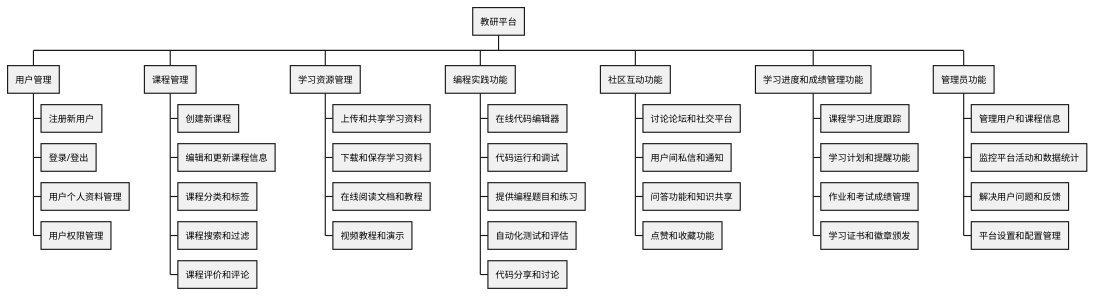
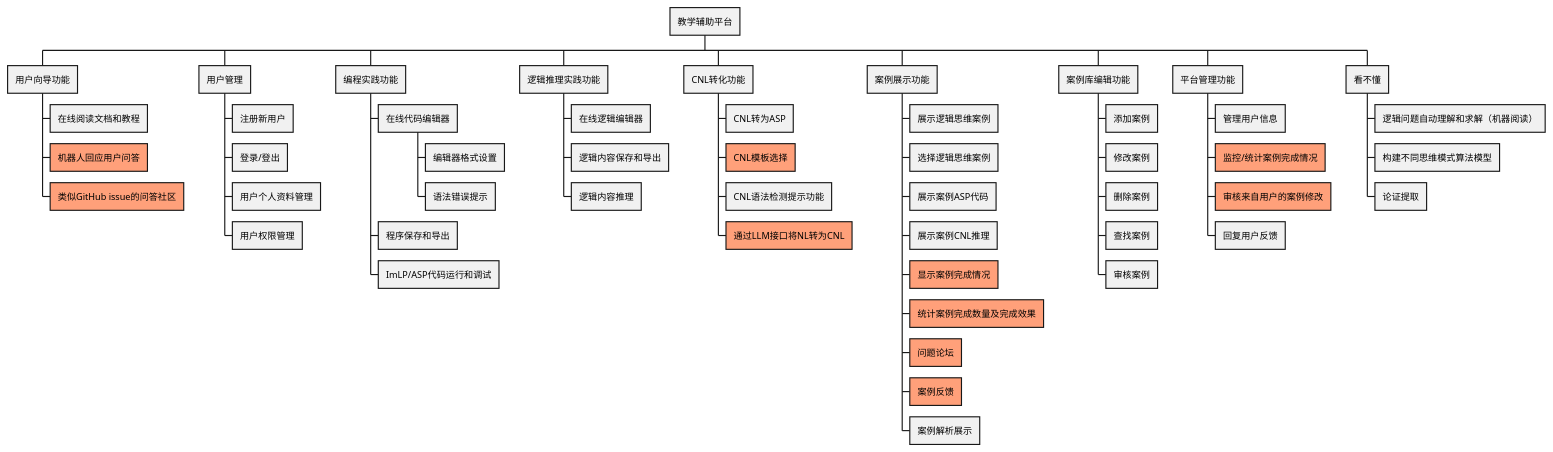
Before and after one commit to reaLJR/Logical-thinking-and-programming: the diagram in platform-design/design-docs/software design.wsd, drawn with PlantUML. The commit also changed other lines of this file and 2 other files, not shown here.

Commit message:
add usecase and function diagram, create meeting record director

```diff
--- a/platform-design/design-docs/software design.wsd
+++ b/platform-design/design-docs/software design.wsd
@@ -25,42 +1,102 @@
-@startwbs
+@startwbs 功能模块设计
 
-+ 教研平台
+' 提供教学辅助平台，展示逻辑思维案例，提供编辑界面，程序提交、保存、运行
+' 设计和实现符合逻辑思维编程语言：友好易于使用，体现不同逻辑思维模式
+' 学生使用受控自然语言（CNL），系统将其转化成ASP等逻辑语言并运行得到答案
+' 建立逻辑思维案例库，训练学生逻辑思维，设计算法将其自动转为逻辑程序
+' 逻辑问题自动理解和求解（机器阅读）， 构建不同思维模式算法模型
+
+' 构建教研平台，实现如下功能:
+' 1、基于 ASP、ImLP语言的问题定义提交和运行测试、调试
+' 2、基于 ImLP/ASP 的定义、演绎、溯因、归纳等思维模式的构建和友好编程界面，以及说明(需要定义 ASP/ImLP的更贴近自然的逻辑的语言的语言，需要花大量时间)
+' 3、调研并进行案例库建设:思维游戏、考公逻辑推理题目、医学逻辑题目、法律逻辑题目、SAT题目、……，给出原题、分类标签、结果、求解的思维过程、大模型测试结果、增删改查、可视化
+' 4、学生自建案例的增删改查
+
++ 教学辅助平台
+++ 用户向导功能
++++ 在线阅读文档和教程
++++[#LightSalmon] 机器人回应用户问答
++++[#LightSalmon] 类似GitHub issue的问答社区
+
 ++ 用户管理
 +++ 注册新用户
 +++ 登录/登出
 +++ 用户个人资料管理
 +++ 用户权限管理
-++ 课程管理
-+++ 创建新课程
-+++ 编辑和更新课程信息
-+++ 课程分类和标签
-+++ 课程搜索和过滤
-+++ 课程评价和评论
-++ 学习资源管理
-+++ 上传和共享学习资料
-+++ 下载和保存学习资料
-+++ 在线阅读文档和教程
-+++ 视频教程和演示
+
 ++ 编程实践功能
 +++ 在线代码编辑器
-+++ 代码运行和调试
-+++ 提供编程题目和练习
-+++ 自动化测试和评估
-+++ 代码分享和讨论
-++ 社区互动功能
-+++ 讨论论坛和社交平台
-+++ 用户间私信和通知
-+++ 问答功能和知识共享
-+++ 点赞和收藏功能
-++ 学习进度和成绩管理功能
-+++ 课程学习进度跟踪
-+++ 学习计划和提醒功能
-+++ 作业和考试成绩管理
-+++ 学习证书和徽章颁发
-++ 管理员功能
-+++ 管理用户和课程信息
-+++ 监控平台活动和数据统计
-+++ 解决用户问题和反馈
-+++ 平台设置和配置管理
+++++ 编辑器格式设置
+++++ 语法错误提示
++++ 程序保存和导出
++++ ImLP/ASP代码运行和调试
+
+
+++ 逻辑推理实践功能
++++ 在线逻辑编辑器
++++ 逻辑内容保存和导出
++++ 逻辑内容推理
+
+++ CNL转化功能
++++ CNL转为ASP
++++[#LightSalmon] CNL模板选择
++++ CNL语法检测提示功能
++++[#LightSalmon] 通过LLM接口将NL转为CNL
+
+++ 案例展示功能
++++ 展示逻辑思维案例
++++ 选择逻辑思维案例
++++ 展示案例ASP代码
++++ 展示案例CNL推理
++++[#LightSalmon] 显示案例完成情况
++++[#LightSalmon] 统计案例完成数量及完成效果
++++[#LightSalmon] 问题论坛
++++[#LightSalmon] 案例反馈
++++ 案例解析展示
+
+++ 案例库编辑功能
++++ 添加案例
++++ 修改案例
++++ 删除案例
++++ 查找案例
++++ 审核案例
+
+
+++ 平台管理功能
++++ 管理用户信息
++++[#LightSalmon] 监控/统计案例完成情况
++++[#LightSalmon] 审核来自用户的案例修改
++++ 回复用户反馈
+
+
+++ 看不懂
++++ 逻辑问题自动理解和求解（机器阅读）
++++ 构建不同思维模式算法模型
++++ 论证提取
+
+' ++ 课程管理
+' +++ 创建新课程
+' +++ 编辑和更新课程信息
+' +++ 课程分类和标签
+' +++ 课程搜索和过滤
+' +++ 课程评价和评论
+
+' ++ 学习资源管理
+' +++ 上传和共享学习资料
+' +++ 下载和保存学习资料
+' +++ 在线阅读文档和教程
+' +++ 视频教程和演示
+
+' ++ 社区互动功能
+' +++ 讨论论坛和社交平台
+' +++ 用户间私信和通知
+' +++ 问答功能和知识共享
+' +++ 点赞和收藏功能
+
+' ++ 学习进度和成绩管理功能
+' +++ 课程学习进度跟踪
+' +++ 学习计划和提醒功能
+' +++ 作业和考试成绩管理
+' +++ 学习证书和徽章颁发
 
 @endwbs
```
